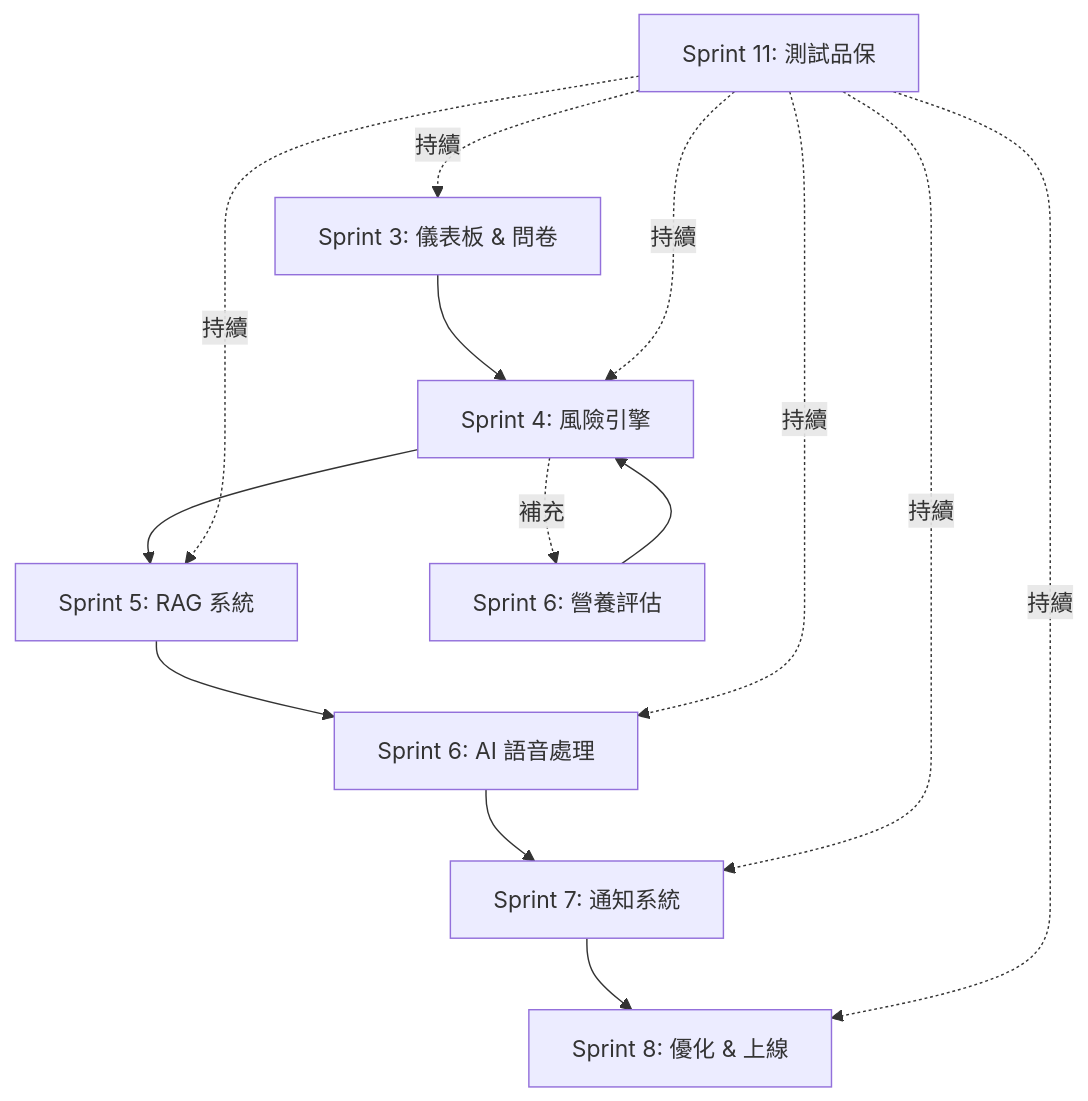
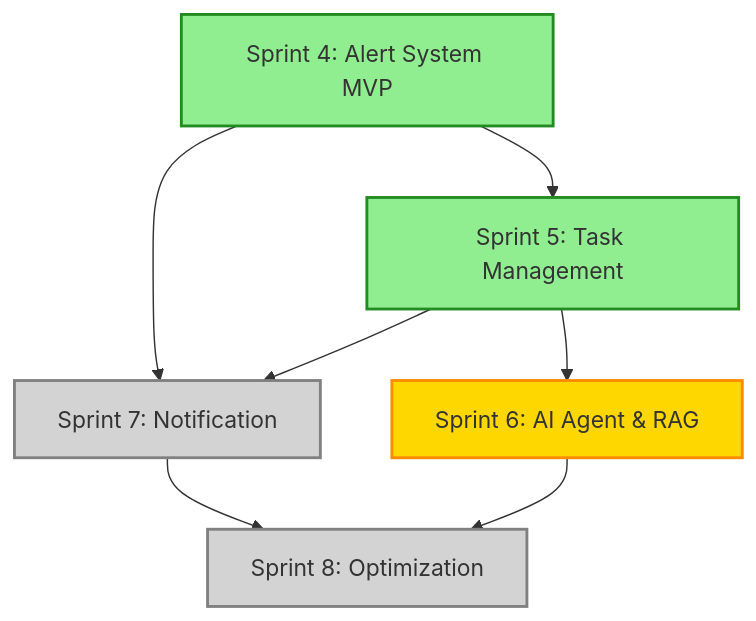
One commit to kuku-rar/RespiraAlly_v2 changed the diagram in docs/16-1_wbs_development_plan_sprint4-8.md. Above: the diagram before and after it, drawn with Mermaid. The commit also changed other lines of this file and 1 other file, not shown here.

First line of the commit message:
docs(wbs): reorganize Sprint 4-8 WBS based on actual CHANGELOG progress

````diff
--- a/docs/16-1_wbs_development_plan_sprint4-8.md
+++ b/docs/16-1_wbs_development_plan_sprint4-8.md
@@ -1788,18 +648,19 @@
 ```mermaid
 graph TD
-  Sprint3[Sprint 3: 儀表板 & 問卷] --> Sprint4[Sprint 4: 風險引擎]
-  Sprint4 --> Sprint5[Sprint 5: RAG 系統]
-  Sprint5 --> Sprint6[Sprint 6: AI 語音處理]
-  Sprint6 --> Sprint7[Sprint 7: 通知系統]
-  Sprint7 --> Sprint8[Sprint 8: 優化 & 上線]
+    S4[Sprint 4: Alert System MVP] --> S5[Sprint 5: Task Management]
+    S5 --> S6[Sprint 6: AI Agent & RAG]
+    S4 --> S7[Sprint 7: Notification]
+    S5 --> S7
+    S7 --> S8[Sprint 8: Optimization]
+    S6 --> S8
 
-  Sprint4 -.補充.-> Sprint6_Nutrition[Sprint 6: 營養評估]
-  Sprint6_Nutrition --> Sprint4
+    S4:::completed
+    S5:::completed
+    S6:::inprogress
+    S7:::planned
+    S8:::planned
 
-  Sprint11[Sprint 11: 測試品保] -.持續.-> Sprint3
-  Sprint11 -.持續.-> Sprint4
-  Sprint11 -.持續.-> Sprint5
-  Sprint11 -.持續.-> Sprint6
-  Sprint11 -.持續.-> Sprint7
-  Sprint11 -.持續.-> Sprint8
+    classDef completed fill:#90EE90,stroke:#228B22,stroke-width:2px
+    classDef inprogress fill:#FFD700,stroke:#FF8C00,stroke-width:2px
+    classDef planned fill:#D3D3D3,stroke:#808080,stroke-width:2px
 ```
````
